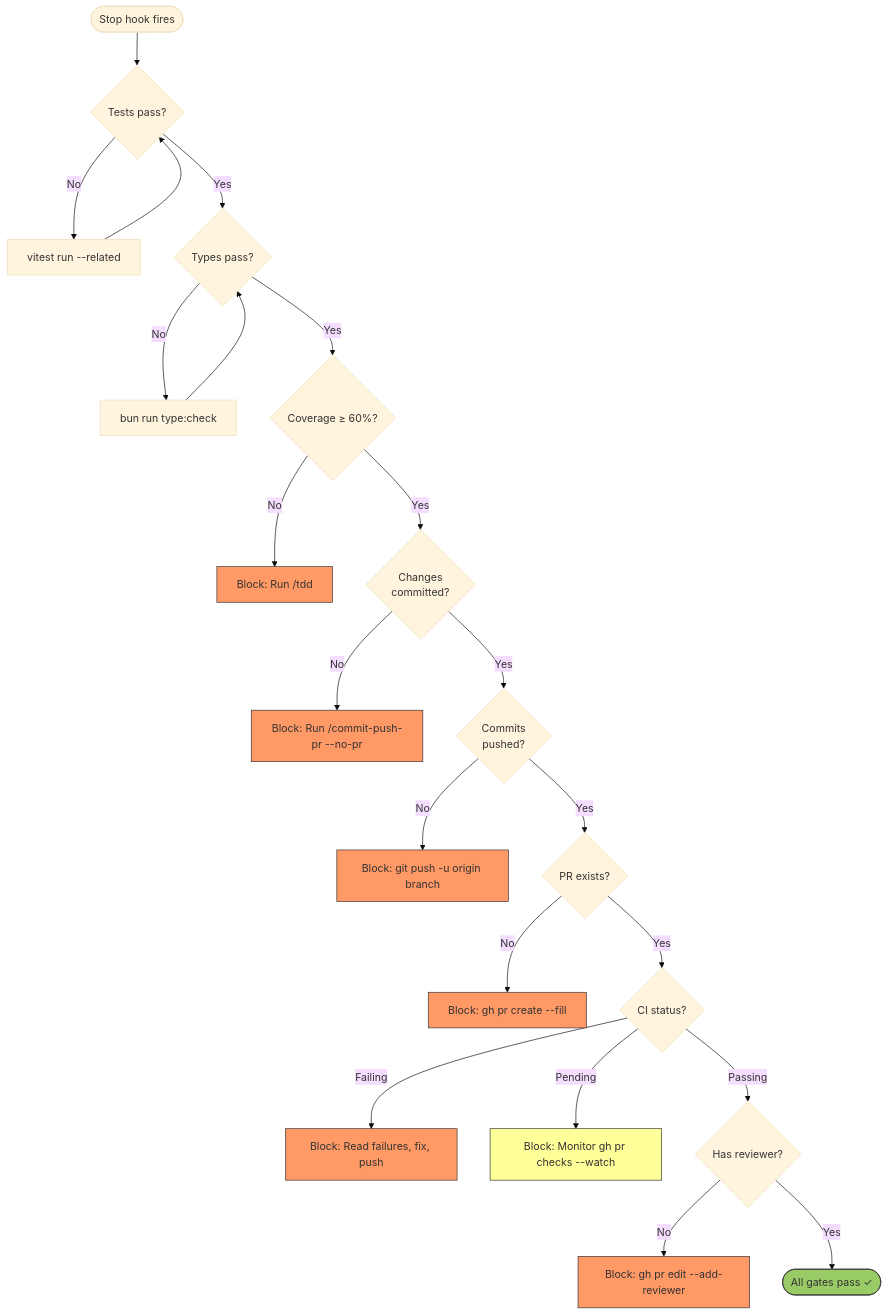
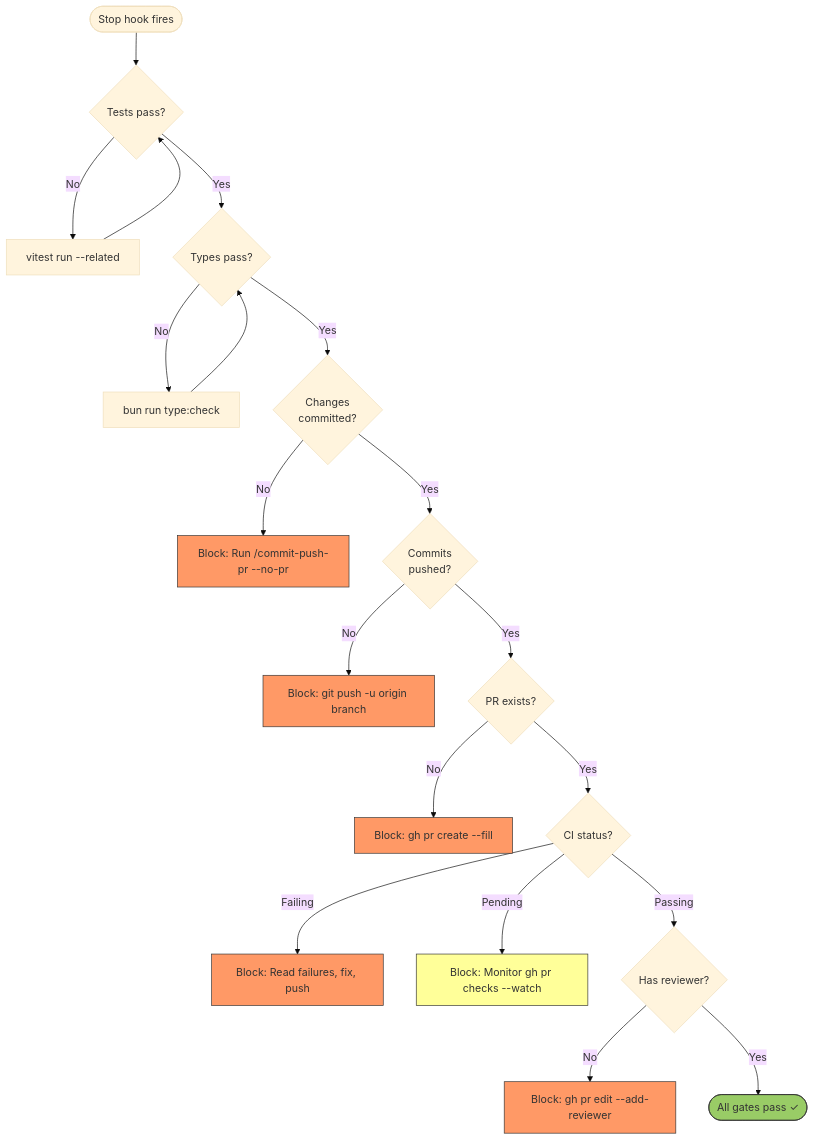
The second of 2 diagrams in development-lifecycle/REFERENCE.md (malinskibeniamin/skills), drawn with Mermaid (base theme) before and after one commit. The commit also changed other lines of this file and 54 other files, not shown here.

````diff
--- a/development-lifecycle/REFERENCE.md
+++ b/development-lifecycle/REFERENCE.md
@@ -408,39 +407,35 @@
 ```mermaid
 flowchart TD
     Stop([Stop hook fires]) --> Tests{Tests pass?}
     Tests -->|No| RunTests["vitest run --related"]
     RunTests --> Tests
     Tests -->|Yes| Types{Types pass?}
 
     Types -->|No| RunTypes["bun run type:check"]
     RunTypes --> Types
-    Types -->|Yes| Coverage{Coverage ≥ 60%?}
-
-    Coverage -->|No| TDD["Block: Run /tdd"]
-    Coverage -->|Yes| Committed{Changes<br/>committed?}
+    Types -->|Yes| Committed{Changes<br/>committed?}
 
     Committed -->|No| Commit["Block: Run /commit-push-pr --no-pr"]
     Committed -->|Yes| Pushed{Commits<br/>pushed?}
 
     Pushed -->|No| Push["Block: git push -u origin branch"]
     Pushed -->|Yes| PR{PR exists?}
 
     PR -->|No| CreatePR["Block: gh pr create --fill"]
     PR -->|Yes| CI{CI status?}
 
     CI -->|Failing| FixCI["Block: Read failures, fix, push"]
     CI -->|Pending| Monitor["Block: Monitor gh pr checks --watch"]
     CI -->|Passing| Reviewer{Has reviewer?}
 
     Reviewer -->|No| RequestReview["Block: gh pr edit --add-reviewer"]
     Reviewer -->|Yes| Done([All gates pass ✓])
 
-    style TDD fill:#f96,stroke:#333
     style Commit fill:#f96,stroke:#333
     style Push fill:#f96,stroke:#333
     style CreatePR fill:#f96,stroke:#333
     style FixCI fill:#f96,stroke:#333
     style Monitor fill:#ff9,stroke:#333
     style RequestReview fill:#f96,stroke:#333
     style Done fill:#9c6,stroke:#333
 ```
````
